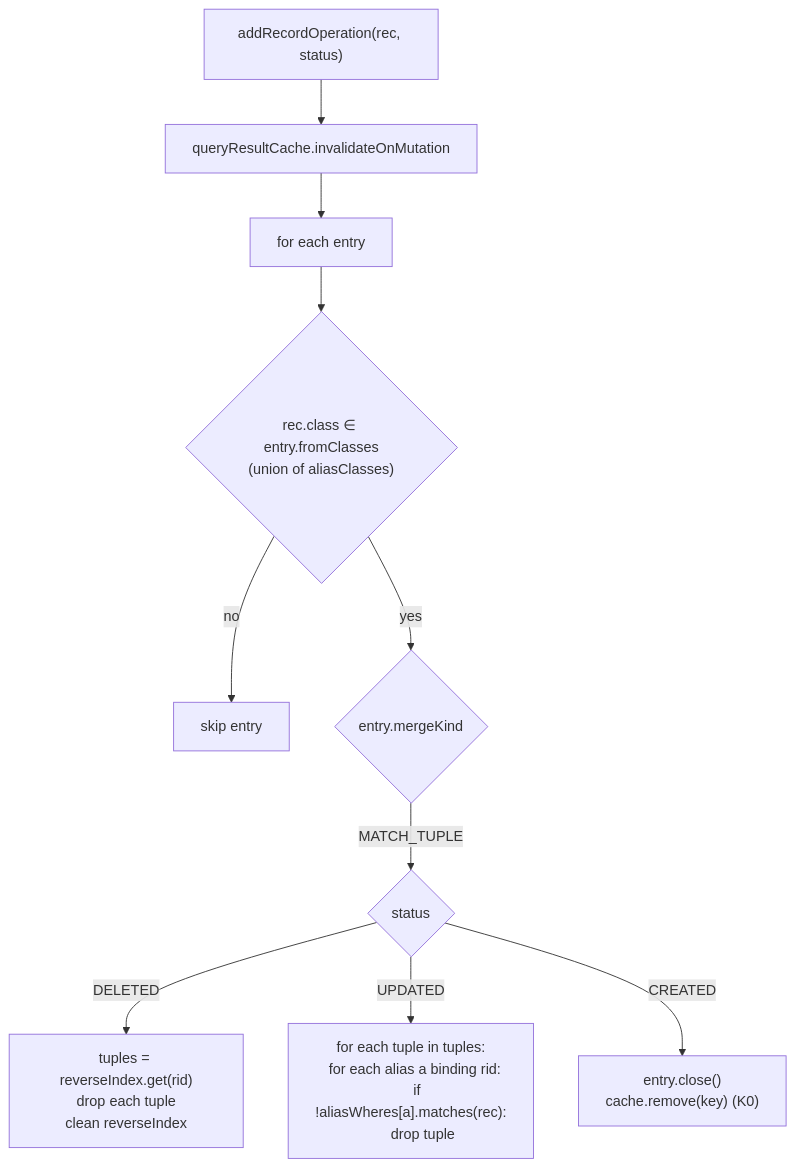
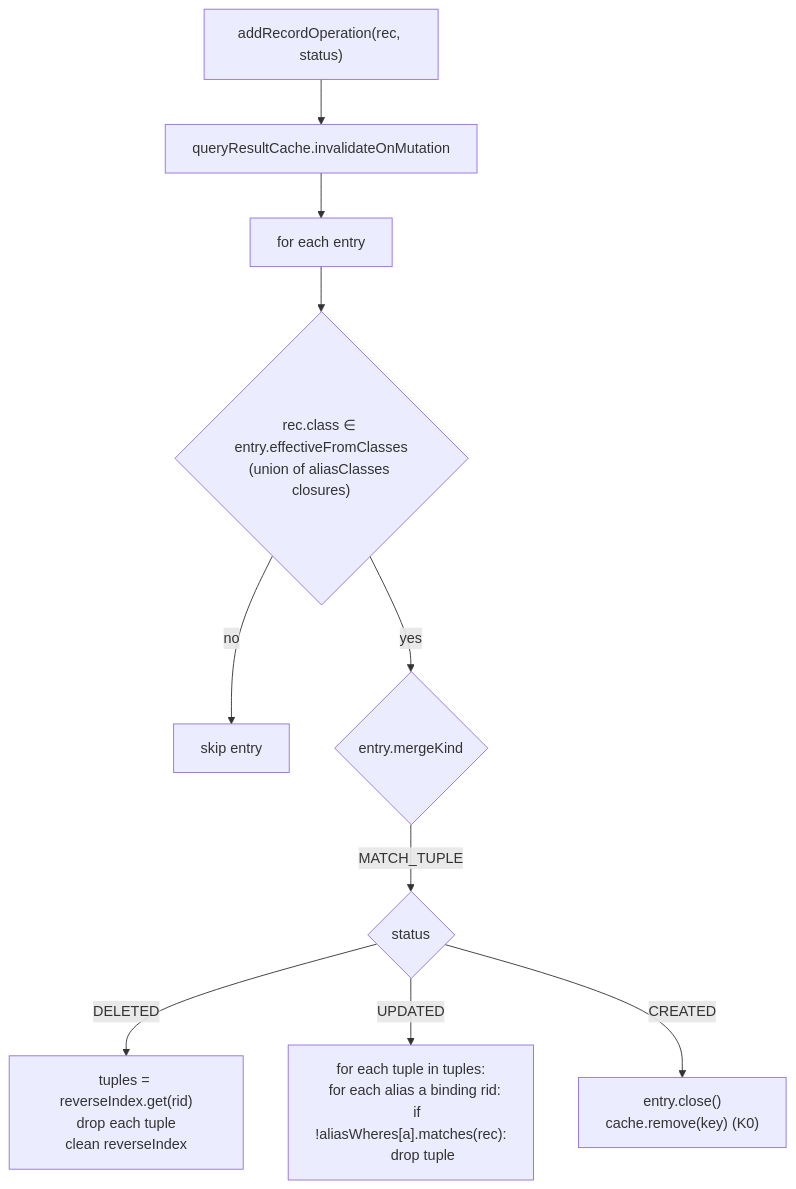
The diagram in docs/adr/YTDB-820-tx-result-cache/_workflow/plan/track-8.md (JetBrains/youtrackdb), drawn with Mermaid before and after one commit. The commit also changed other lines of this file and 6 other files, not shown here.

First line of the commit message:
Trim bulk-bypass list + add D11 effectiveFromClasses closure

````diff
--- a/docs/adr/YTDB-820-tx-result-cache/_workflow/plan/track-8.md
+++ b/docs/adr/YTDB-820-tx-result-cache/_workflow/plan/track-8.md
@@ -142,12 +142,12 @@
 ```mermaid
 flowchart TD
     Mut["addRecordOperation(rec, status)"] --> Cache["queryResultCache.invalidateOnMutation"]
     Cache --> Iter["for each entry"]
-    Iter --> Poly{"rec.class ∈ entry.fromClasses<br/>(union of aliasClasses)"}
+    Iter --> Poly{"rec.class ∈ entry.effectiveFromClasses<br/>(union of aliasClasses closures)"}
     Poly -->|no| Skip[skip entry]
     Poly -->|yes| Kind{"entry.mergeKind"}
     Kind -->|MATCH_TUPLE| MatchDispatch{"status"}
     MatchDispatch -->|DELETED| MatchDel["tuples = reverseIndex.get(rid)<br/>drop each tuple<br/>clean reverseIndex"]
     MatchDispatch -->|UPDATED| MatchUpd["for each tuple in tuples:<br/>  for each alias a binding rid:<br/>    if !aliasWheres[a].matches(rec):<br/>      drop tuple"]
     MatchDispatch -->|CREATED| MatchWipe["entry.close()<br/>cache.remove(key) (K0)"]
 ```
````
